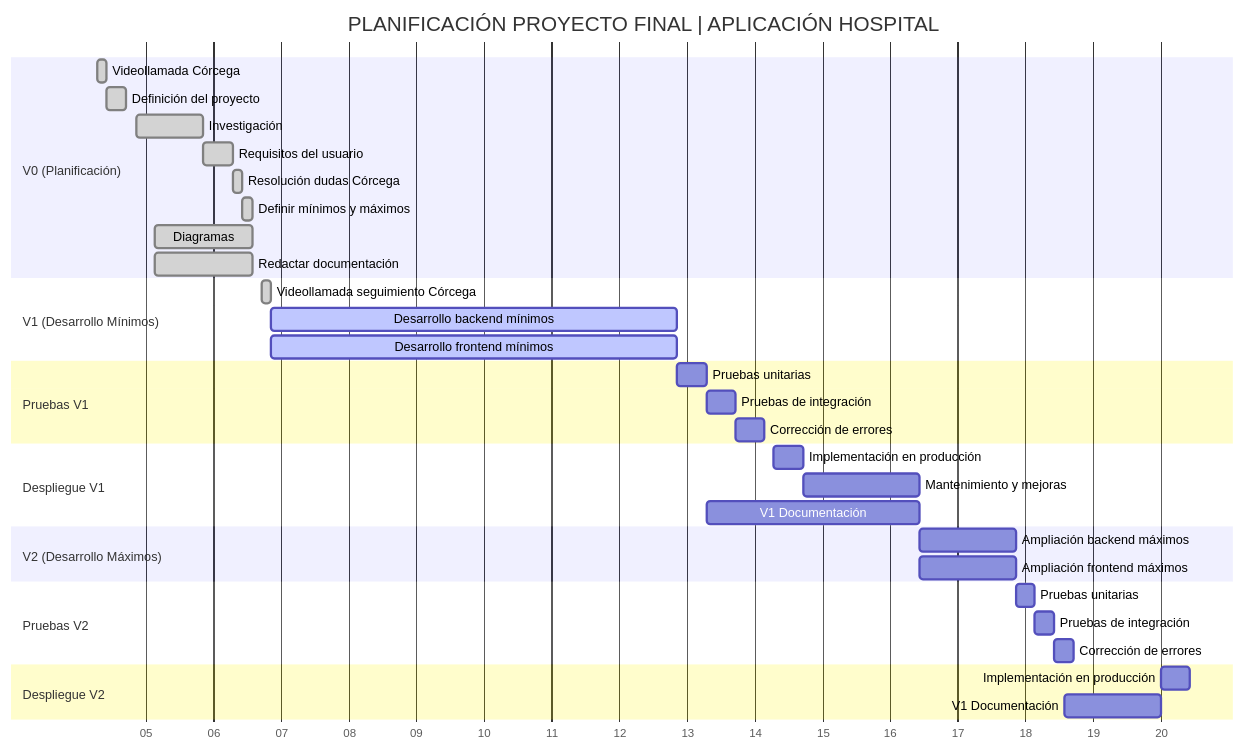
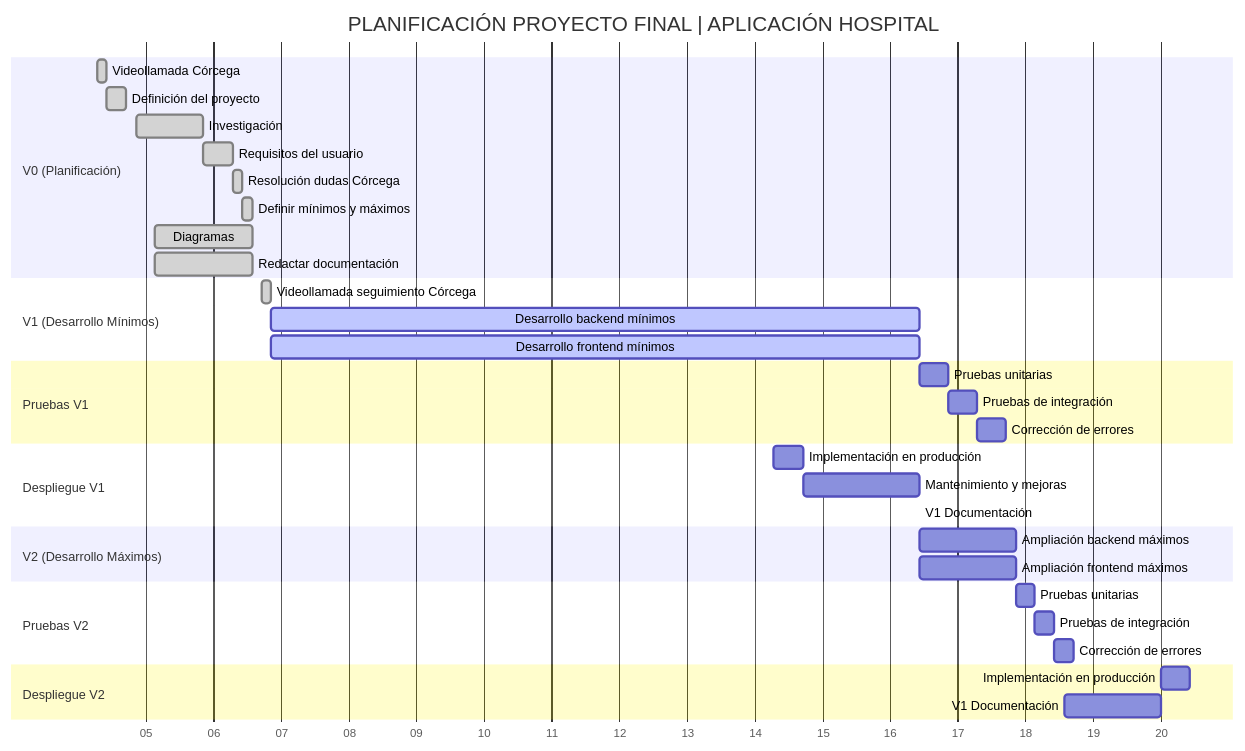
Before and after one commit to Cri4tura/Hospital-Front-end: the first of 2 diagrams in README.md, drawn with Mermaid.

````diff
--- a/README.md
+++ b/README.md
@@ -39,44 +39,44 @@
 ```mermaid
 gantt
     title PLANIFICACIÓN PROYECTO FINAL | APLICACIÓN HOSPITAL
     dateFormat  YYYY-MM-DD
     axisFormat %W
 
     section V0 (Planificación)
     Videollamada Córcega          :done, v0a, 2025-02-04, 1d
     Definición del proyecto       :done, v0b, 2025-02-05, 2d
     Investigación                 :done, v0c, 2025-02-08, 7d
     Requisitos del usuario        :done, v0d, 2025-02-15, 3d
     Resolución dudas Córcega      :done, v0e, 2025-02-18, 1d
     Definir mínimos y máximos     :done, v0f, 2025-02-19, 1d
     Diagramas                     :done, v0g, 2025-02-10, 10d
     Redactar documentación        :done, v0h, 2025-02-10, 10d
 
     section V1 (Desarrollo Mínimos)
     Videollamada seguimiento Córcega    :done,  v1a, 2025-02-21, 1d
-    Desarrollo backend mínimos          :active, v1b, after v1a, 2025-04-05
-    Desarrollo frontend mínimos         :active, v1c, after v1a, 2025-04-05
+    Desarrollo backend mínimos          :active, v1b, after v1a, 2025-04-30
+    Desarrollo frontend mínimos         :active, v1c, after v1a, 2025-04-30
 
     section Pruebas V1
     Pruebas unitarias                   : des1, after v1c, 3d
     Pruebas de integración              : 3d
     Corrección de errores               : 3d
 
     section Despliegue V1
     Implementación en producción        : des4, 2025-04-15, 3d
     Mantenimiento y mejoras             : des5, 2025-04-18, 2025-04-30
     V1 Documentación                    : des6, after des1, 2025-04-30
 
     section V2 (Desarrollo Máximos)
     Ampliación backend máximos          : v2a, 2025-04-30, 10d
     Ampliación frontend máximos         : v2b, 2025-04-30, 10d
 
     section Pruebas V2
     Pruebas unitarias                   : des7, after v2b, 2d
     Pruebas de integración              : des8, after des7, 2d
     Corrección de errores               : des9, after des8, 2d
 
     section Despliegue V2
     Implementación en producción        : des10, 2025-05-25, 3d
     V1 Documentación                    : des6, 2025-05-15, 2025-05-25
 ```
````
